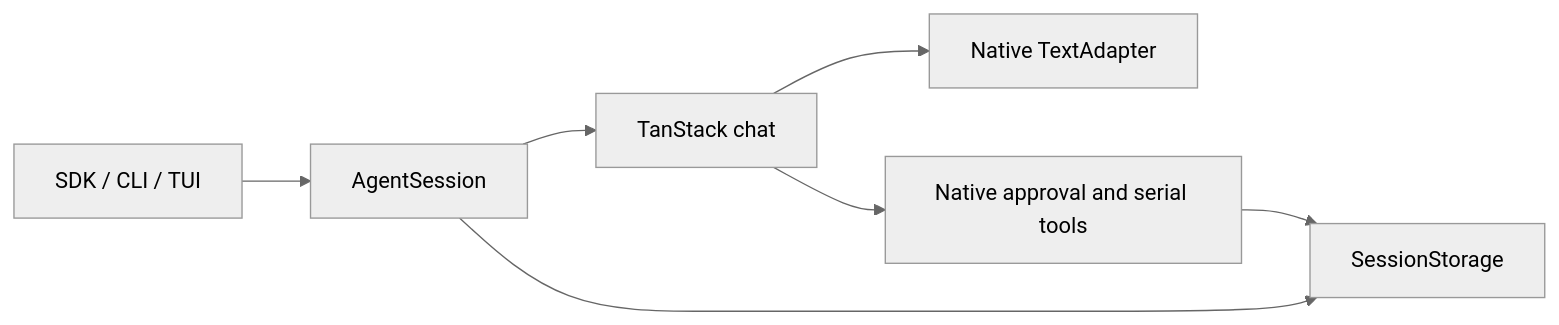
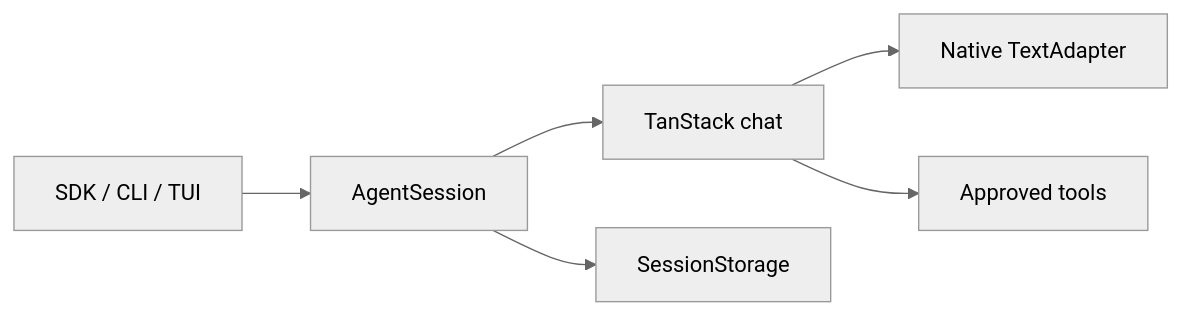
Before and after one commit to L-1ngg/forge-agent: the diagram in README.md, drawn with Mermaid (neutral theme). The commit also changed other lines of this file and 6 other files, not shown here.

````diff
--- a/README.md
+++ b/README.md
@@ -239,9 +107,8 @@
 ```mermaid
 flowchart LR
   H[SDK / CLI / TUI] --> S[AgentSession]
   S --> C[TanStack chat]
   C --> A[Native TextAdapter]
-  C --> T[Native approval and serial tools]
+  C --> T[Approved tools]
   S --> D[SessionStorage]
-  T --> D
 ```
````
